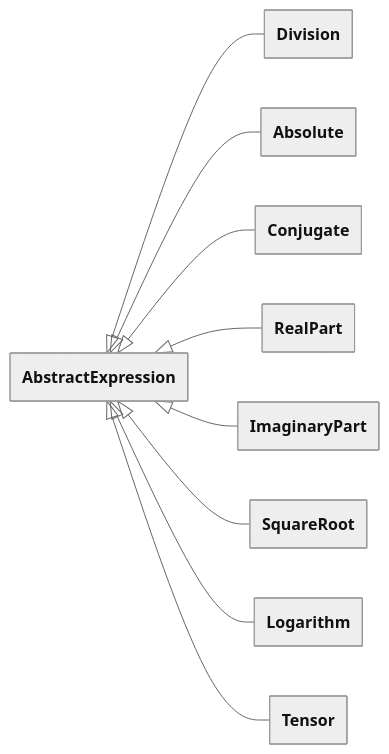
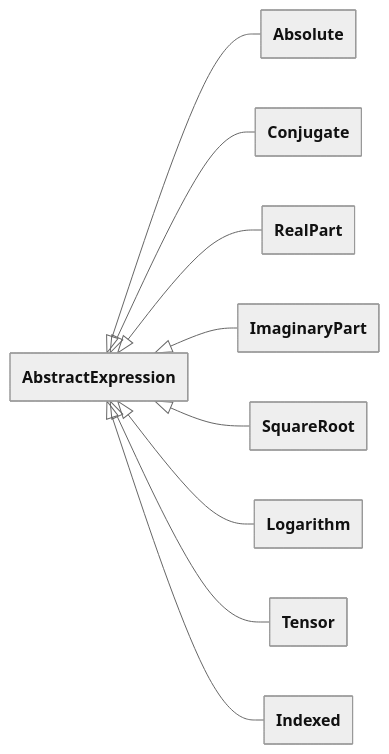
Before and after one commit to FEniCS/uflx: the fourth of 12 diagrams in design/language.md, drawn with Mermaid. The commit also changed other lines of this file, not shown here.

Commit message:
Remove unneeded AbstractRealLiteral

````diff
--- a/design/language.md
+++ b/design/language.md
@@ -4356,22 +4351,22 @@
 ```mermaid
 ---
 config:
   theme: neutral
   look: classic
   class:
     theme: neutral
     look: classic
     hideEmptyMembersBox: true
 ---
 classDiagram
     direction LR
     accTitle: Algebra class hierarchy (2 of 3)
-    AbstractExpression <|-- Division
     AbstractExpression <|-- Absolute
     AbstractExpression <|-- Conjugate
     AbstractExpression <|-- RealPart
     AbstractExpression <|-- ImaginaryPart
     AbstractExpression <|-- SquareRoot
     AbstractExpression <|-- Logarithm
     AbstractExpression <|-- Tensor
+    AbstractExpression <|-- Indexed
 ```
````
